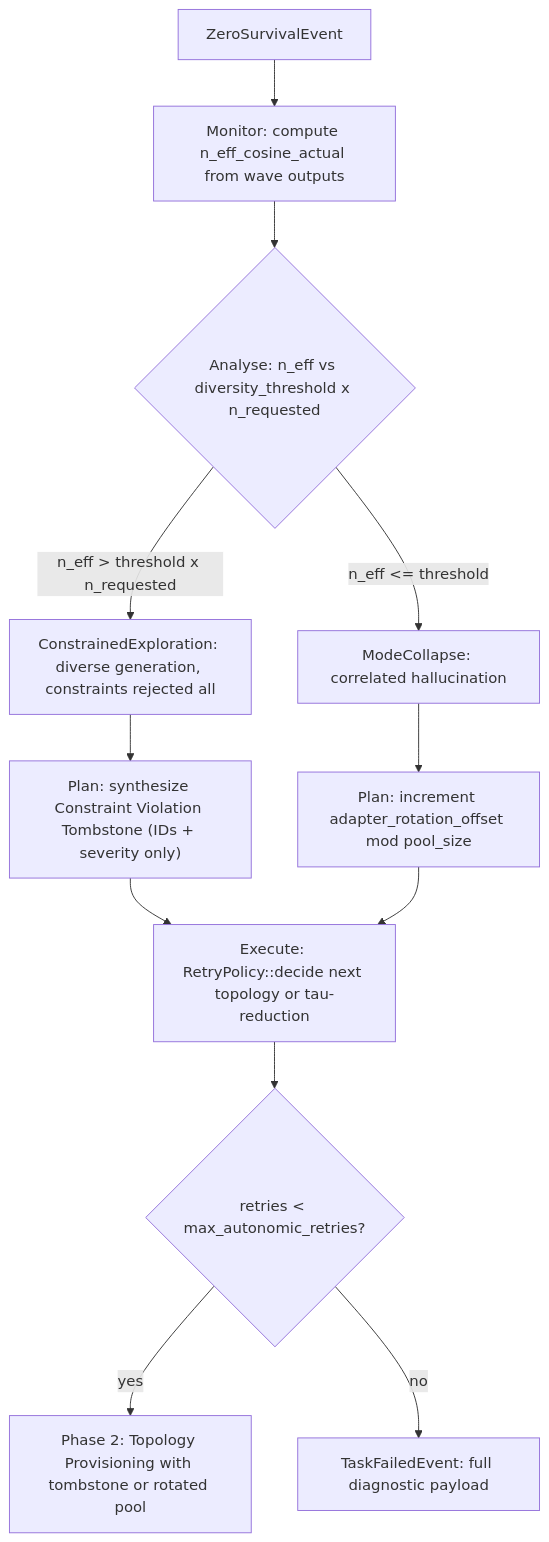
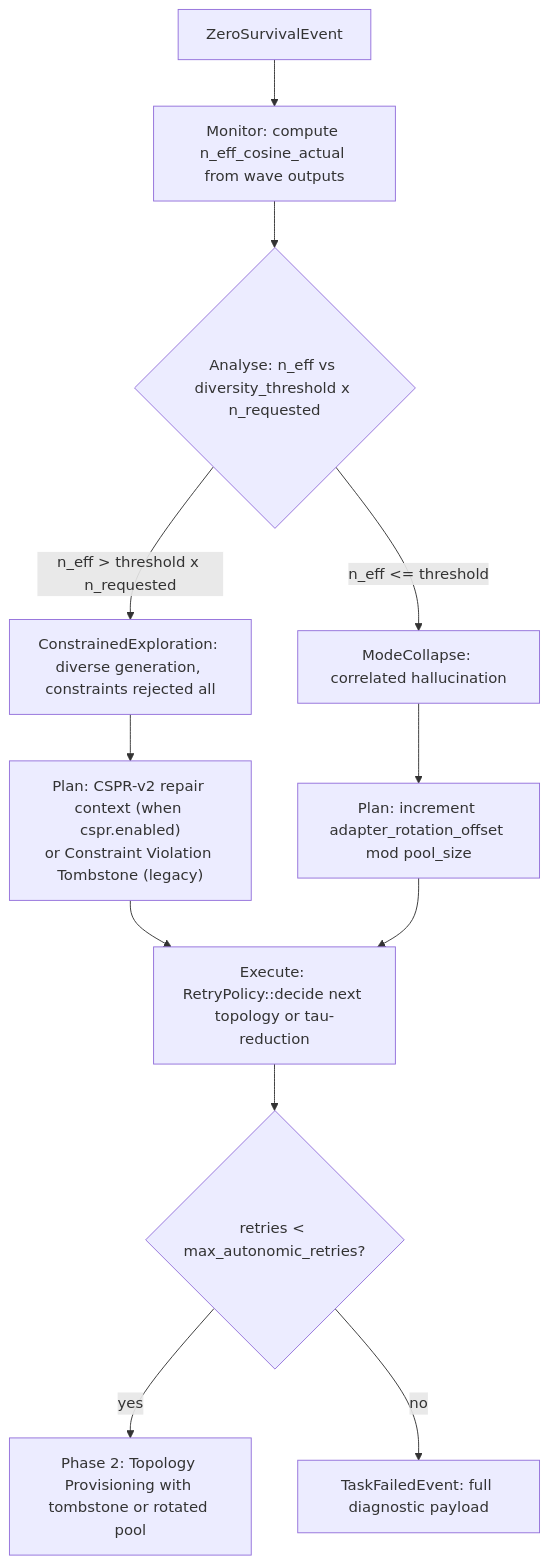
Before and after one commit to immediatus/h2ai-control-plane: the fourth of 19 diagrams in docs/architecture/architecture.md, drawn with Mermaid. The commit also changed other lines of this file and 50 other files, not shown here.

````diff
--- a/docs/architecture/architecture.md
+++ b/docs/architecture/architecture.md
@@ -285,14 +285,14 @@
 ```mermaid
 flowchart TD
     ZS[ZeroSurvivalEvent] --> M["Monitor: compute n_eff_cosine_actual from wave outputs"]
     M --> A{"Analyse: n_eff vs diversity_threshold x n_requested"}
     A -->|"n_eff > threshold x n_requested"| CE["ConstrainedExploration: diverse generation, constraints rejected all"]
     A -->|"n_eff <= threshold"| MC["ModeCollapse: correlated hallucination"]
-    CE --> P1["Plan: synthesize Constraint Violation Tombstone (IDs + severity only)"]
+    CE --> P1["Plan: CSPR-v2 repair context (when cspr.enabled)\nor Constraint Violation Tombstone (legacy)"]
     MC --> P2["Plan: increment adapter_rotation_offset mod pool_size"]
     P1 --> Ex["Execute: RetryPolicy::decide next topology or tau-reduction"]
     P2 --> Ex
     Ex --> R{"retries < max_autonomic_retries?"}
     R -->|yes| Ph2["Phase 2: Topology Provisioning with tombstone or rotated pool"]
     R -->|no| TF["TaskFailedEvent: full diagnostic payload"]
 ```
````
